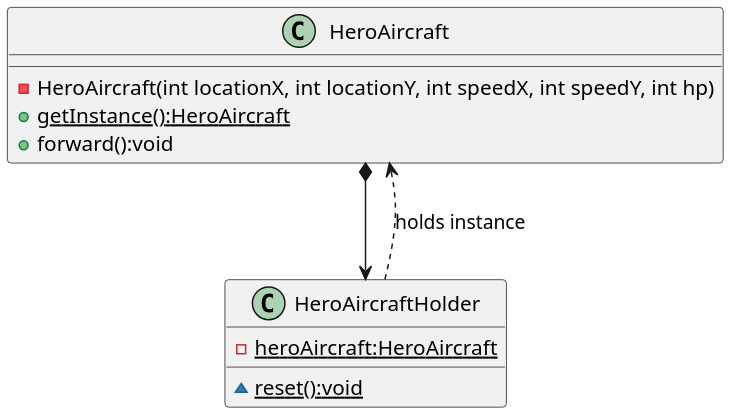
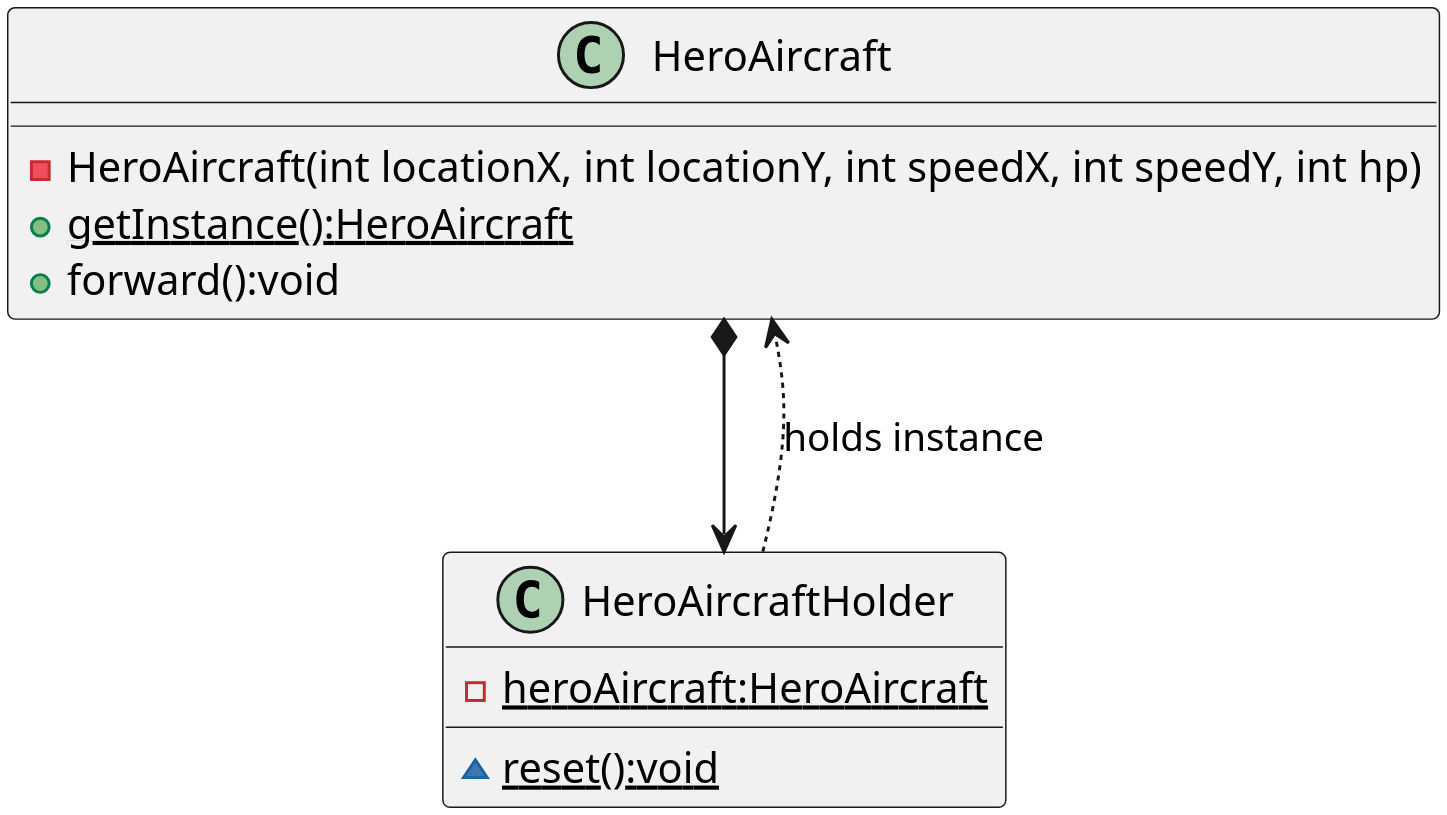
The diagram in uml/HeroAircraft.puml (SymmFz/OOP-AircraftWar-Practice), drawn with PlantUML before and after one commit. The commit also changed 5 other files, not shown here.

```diff
--- a/uml/HeroAircraft.puml
+++ b/uml/HeroAircraft.puml
@@ -1,20 +1,22 @@
 @startuml
 'https://plantuml.com/class-diagram
 
-scale 2
+scale 4
+
+!pragma sveglimit 65536
 
 class HeroAircraft {
     - HeroAircraft(int locationX, int locationY, int speedX, int speedY, int hp)
     + {static} getInstance():HeroAircraft
     + forward():void
 }
 
 class HeroAircraftHolder {
     - {static} heroAircraft:HeroAircraft
     ~ {static} reset():void
 }
 
 HeroAircraft *--> HeroAircraftHolder
 HeroAircraftHolder .[norank].> HeroAircraft : holds instance
 
 @enduml
```
